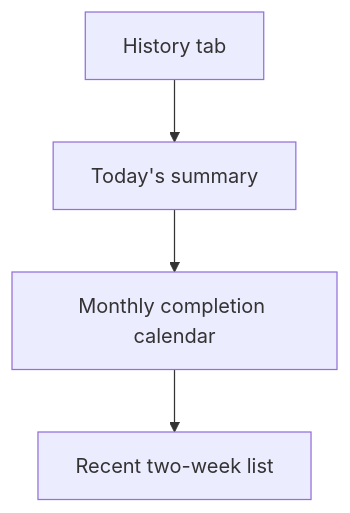
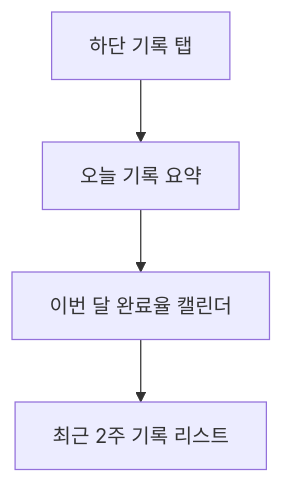
The fourth of 6 diagrams in docs/user_flow.md (Jiyeong-kor/supplement_routine), drawn with Mermaid before and after one commit. The commit also changed other lines of this file and 17 other files, not shown here.

````diff
--- a/docs/user_flow.md
+++ b/docs/user_flow.md
@@ -58,6 +58,6 @@
 ```mermaid
 flowchart TD
-    A["History tab"] --> B["Today's summary"]
-    B --> C["Monthly completion calendar"]
-    C --> D["Recent two-week list"]
+    A["하단 기록 탭"] --> B["오늘 기록 요약"]
+    B --> C["이번 달 완료율 캘린더"]
+    C --> D["최근 2주 기록 리스트"]
 ```
````
